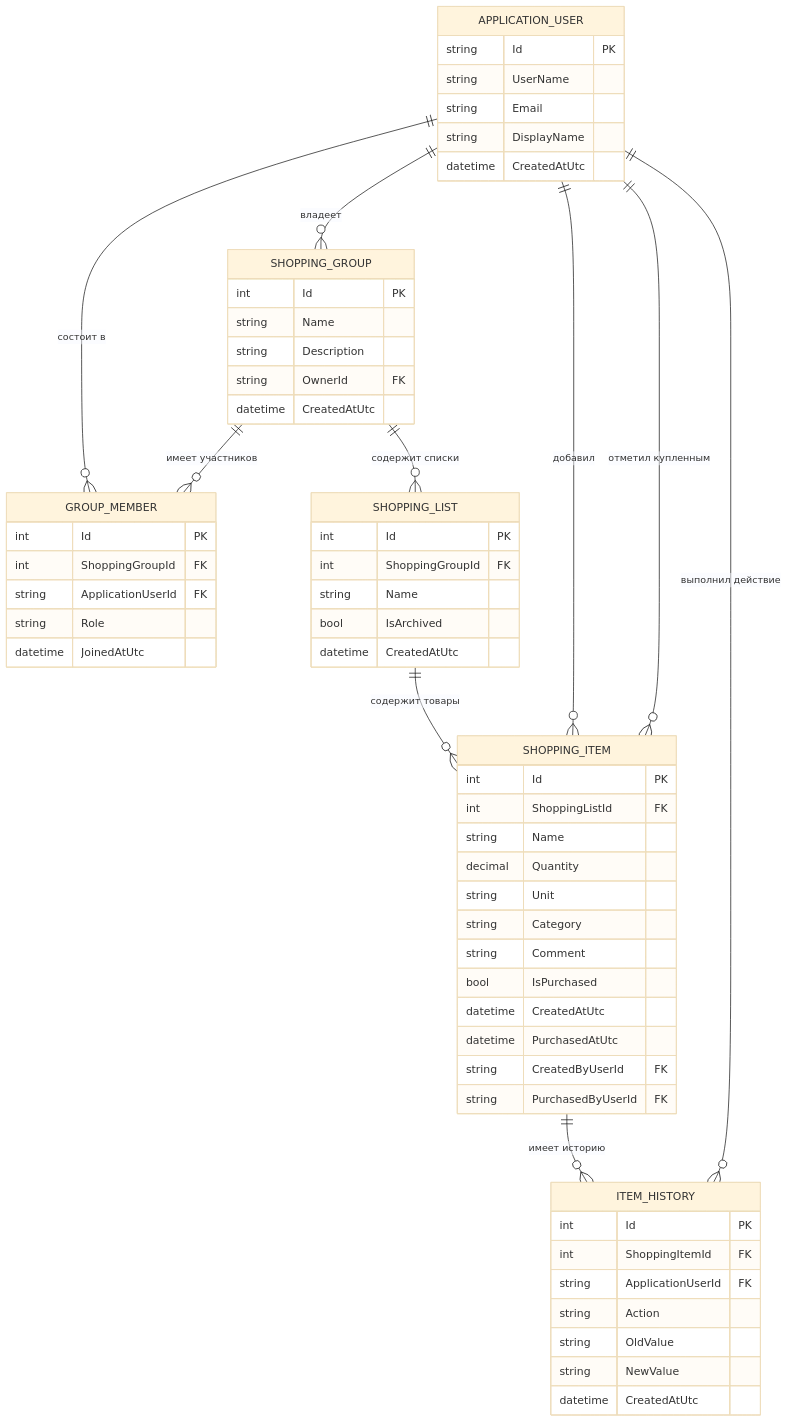
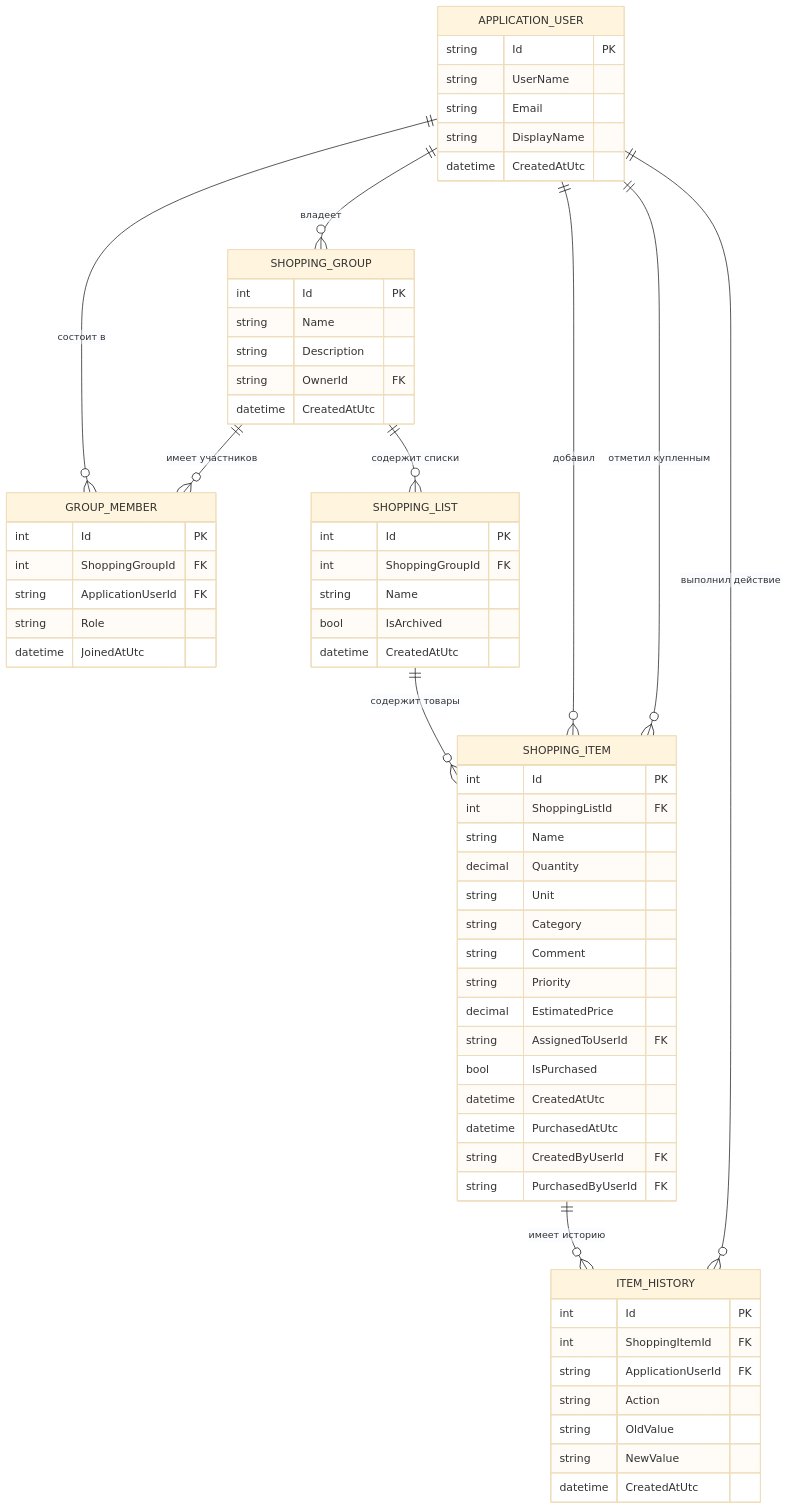
The diagram in Documentation/er-diagram.md (blessed0tears/shopping-list-diploma), drawn with Mermaid (base theme) before and after one commit. The commit also changed other lines of this file and 17 other files, not shown here.

````diff
--- a/Documentation/er-diagram.md
+++ b/Documentation/er-diagram.md
@@ -7,70 +7,73 @@
 ```mermaid
 erDiagram
     APPLICATION_USER ||--o{ GROUP_MEMBER : "состоит в"
     APPLICATION_USER ||--o{ SHOPPING_GROUP : "владеет"
     APPLICATION_USER ||--o{ SHOPPING_ITEM : "добавил"
     APPLICATION_USER ||--o{ SHOPPING_ITEM : "отметил купленным"
     APPLICATION_USER ||--o{ ITEM_HISTORY : "выполнил действие"
 
     SHOPPING_GROUP ||--o{ GROUP_MEMBER : "имеет участников"
     SHOPPING_GROUP ||--o{ SHOPPING_LIST : "содержит списки"
     SHOPPING_LIST ||--o{ SHOPPING_ITEM : "содержит товары"
     SHOPPING_ITEM ||--o{ ITEM_HISTORY : "имеет историю"
 
     APPLICATION_USER {
         string Id PK
         string UserName
         string Email
         string DisplayName
         datetime CreatedAtUtc
     }
 
     SHOPPING_GROUP {
         int Id PK
         string Name
         string Description
         string OwnerId FK
         datetime CreatedAtUtc
     }
 
     GROUP_MEMBER {
         int Id PK
         int ShoppingGroupId FK
         string ApplicationUserId FK
         string Role
         datetime JoinedAtUtc
     }
 
     SHOPPING_LIST {
         int Id PK
         int ShoppingGroupId FK
         string Name
         bool IsArchived
         datetime CreatedAtUtc
     }
 
     SHOPPING_ITEM {
         int Id PK
         int ShoppingListId FK
         string Name
         decimal Quantity
         string Unit
         string Category
         string Comment
+        string Priority
+        decimal EstimatedPrice
+        string AssignedToUserId FK
         bool IsPurchased
         datetime CreatedAtUtc
         datetime PurchasedAtUtc
         string CreatedByUserId FK
         string PurchasedByUserId FK
     }
 
     ITEM_HISTORY {
         int Id PK
         int ShoppingItemId FK
         string ApplicationUserId FK
         string Action
         string OldValue
         string NewValue
         datetime CreatedAtUtc
     }
 ```
````
